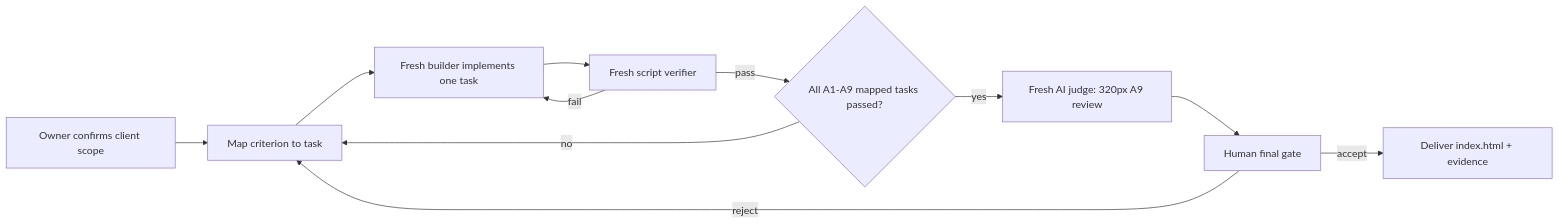
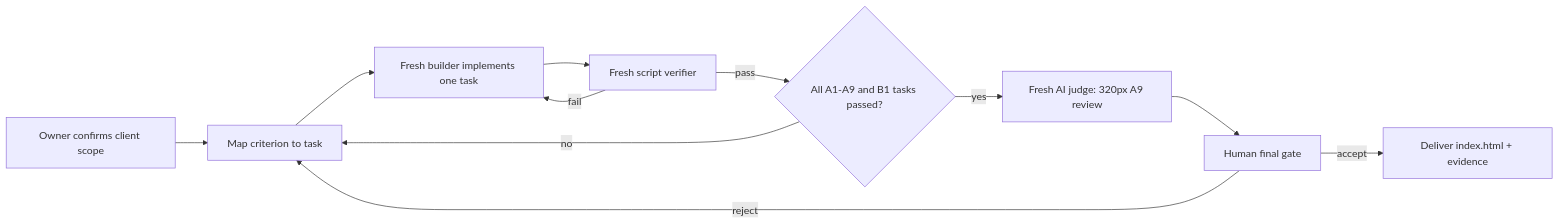
One commit to junloy-debug/home-supplies-mvp changed the diagram in PLAN.md. Above: the diagram before and after it, drawn with Mermaid. The commit also changed other lines of this file and 3 other files, not shown here.

````diff
--- a/PLAN.md
+++ b/PLAN.md
@@ -60,13 +70,13 @@
 ```mermaid
 flowchart LR
   S["Owner confirms client scope"] --> M["Map criterion to task"]
   M --> B["Fresh builder implements one task"]
   B --> V["Fresh script verifier"]
   V -->|fail| B
-  V -->|pass| N{"All A1-A9 mapped tasks passed?"}
+  V -->|pass| N{"All A1-A9 and B1 tasks passed?"}
   N -->|no| M
   N -->|yes| J["Fresh AI judge: 320px A9 review"]
   J --> H["Human final gate"]
   H -->|reject| M
   H -->|accept| D["Deliver index.html + evidence"]
 ```
````
